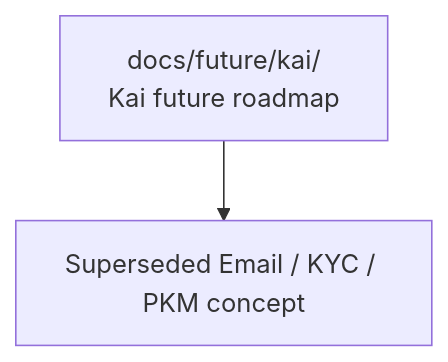
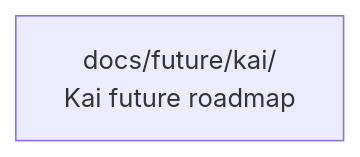
The diagram in docs/future/kai/README.md (hushh-labs/hushh-research), drawn with Mermaid before and after one commit. The commit also changed other lines of this file and 48 other files, not shown here.

````diff
--- a/docs/future/kai/README.md
+++ b/docs/future/kai/README.md
@@ -7,7 +7,4 @@
 ```mermaid
 flowchart TD
   root["docs/future/kai/<br/>Kai future roadmap"]
-  email["Superseded Email / KYC / PKM concept"]
-
-  root --> email
 ```
````
